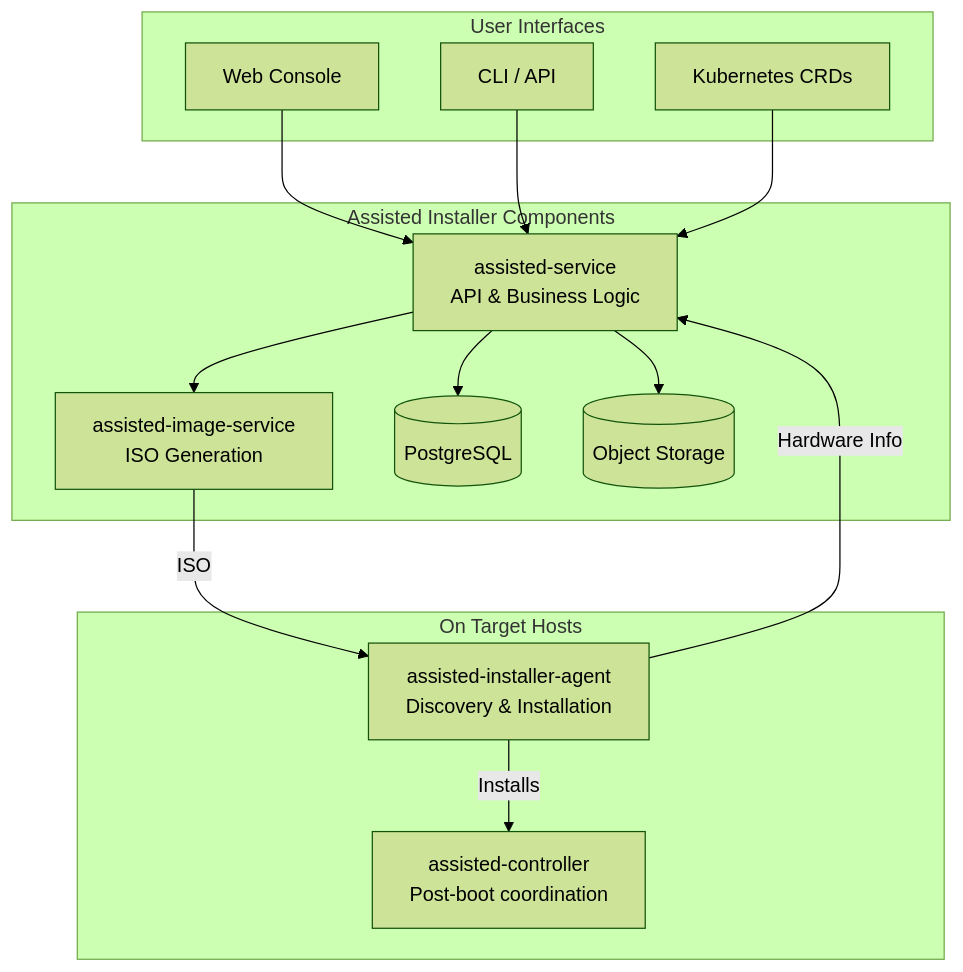
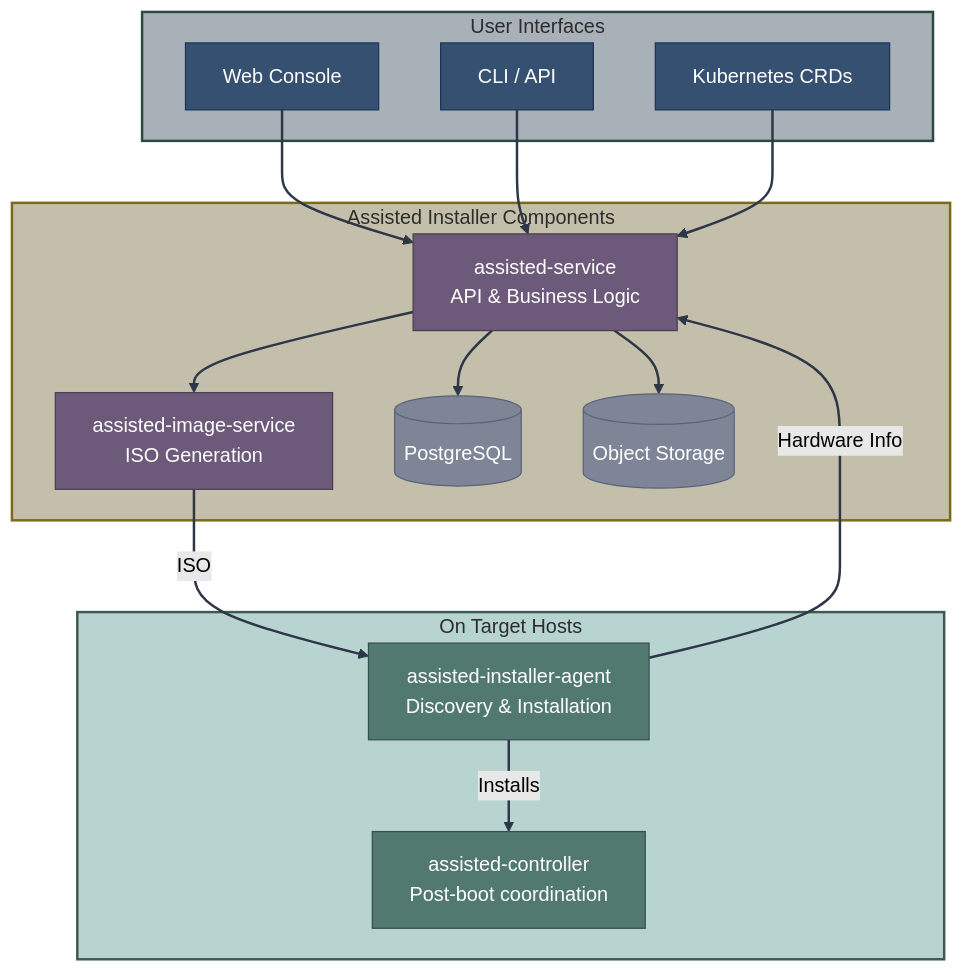
One commit to zszabo-rh/openshift-install-guide changed the first of 8 diagrams in 03-assisted-installation/overview.md. Above: the diagram before and after it, drawn with Mermaid (forest theme). The commit also changed other lines of this file and 16 other files, not shown here.

Commit message:
improved diagram style

````diff
--- a/03-assisted-installation/overview.md
+++ b/03-assisted-installation/overview.md
@@ -7,32 +7,48 @@
 ```mermaid
 graph TB
-    subgraph "Assisted Installer Components"
+    subgraph components["Assisted Installer Components"]
         SERVICE[assisted-service<br/>API & Business Logic]
         IMAGE_SVC[assisted-image-service<br/>ISO Generation]
         DB[(PostgreSQL)]
         S3[(Object Storage)]
     end
     
-    subgraph "On Target Hosts"
+    subgraph hosts["On Target Hosts"]
         AGENT[assisted-installer-agent<br/>Discovery & Installation]
         CONTROLLER[assisted-controller<br/>Post-boot coordination]
     end
     
-    subgraph "User Interfaces"
+    subgraph ui["User Interfaces"]
         UI[Web Console]
         CLI[CLI / API]
         KUBE[Kubernetes CRDs]
     end
     
     UI --> SERVICE
     CLI --> SERVICE
     KUBE --> SERVICE
     
     SERVICE --> DB
     SERVICE --> S3
     SERVICE --> IMAGE_SVC
     
     IMAGE_SVC -->|ISO| AGENT
     AGENT -->|Hardware Info| SERVICE
     AGENT -->|Installs| CONTROLLER
+    
+    style SERVICE fill:#6d597a,stroke:#4a3f50,color:#fff
+    style IMAGE_SVC fill:#6d597a,stroke:#4a3f50,color:#fff
+    style DB fill:#7d8597,stroke:#5c6378,color:#fff
+    style S3 fill:#7d8597,stroke:#5c6378,color:#fff
+    style AGENT fill:#52796f,stroke:#354f52,color:#fff
+    style CONTROLLER fill:#52796f,stroke:#354f52,color:#fff
+    style UI fill:#355070,stroke:#1d3557,color:#fff
+    style CLI fill:#355070,stroke:#1d3557,color:#fff
+    style KUBE fill:#355070,stroke:#1d3557,color:#fff
+    
+    style components fill:#c4bfaa,stroke:#7a6a1a,stroke-width:2px,color:#2d2d2d
+    style hosts fill:#b8d4d0,stroke:#3d5a52,stroke-width:2px,color:#2d2d2d
+    style ui fill:#a8b0b8,stroke:#2d4a42,stroke-width:2px,color:#2d2d2d
+    
+    linkStyle default stroke:#2d3748,stroke-width:2px
 ```
````
